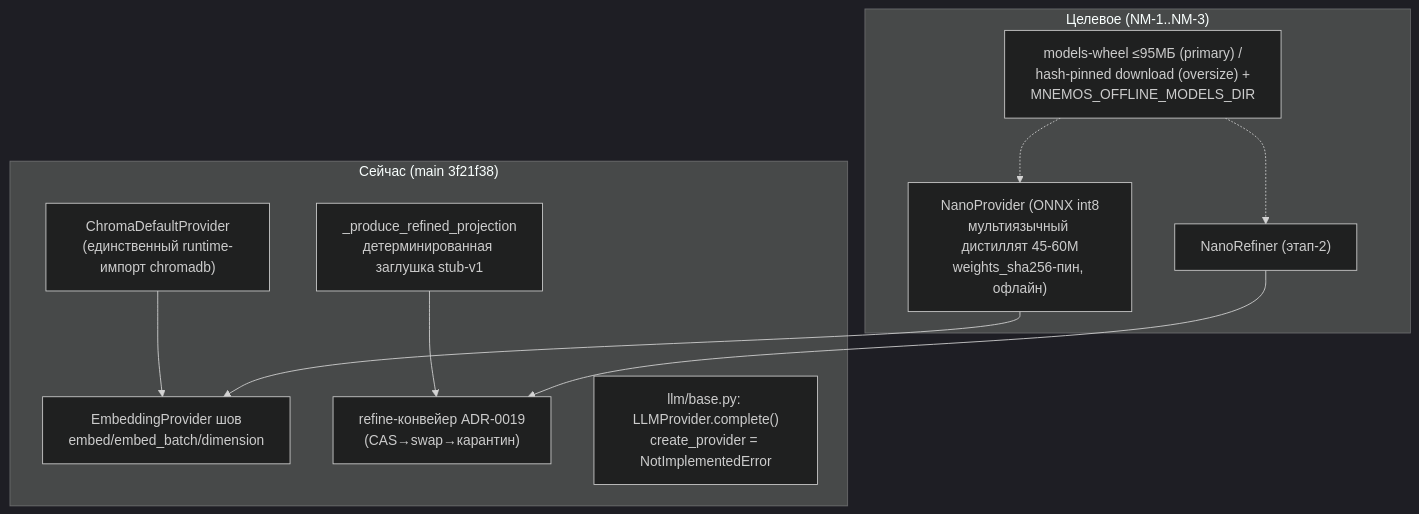
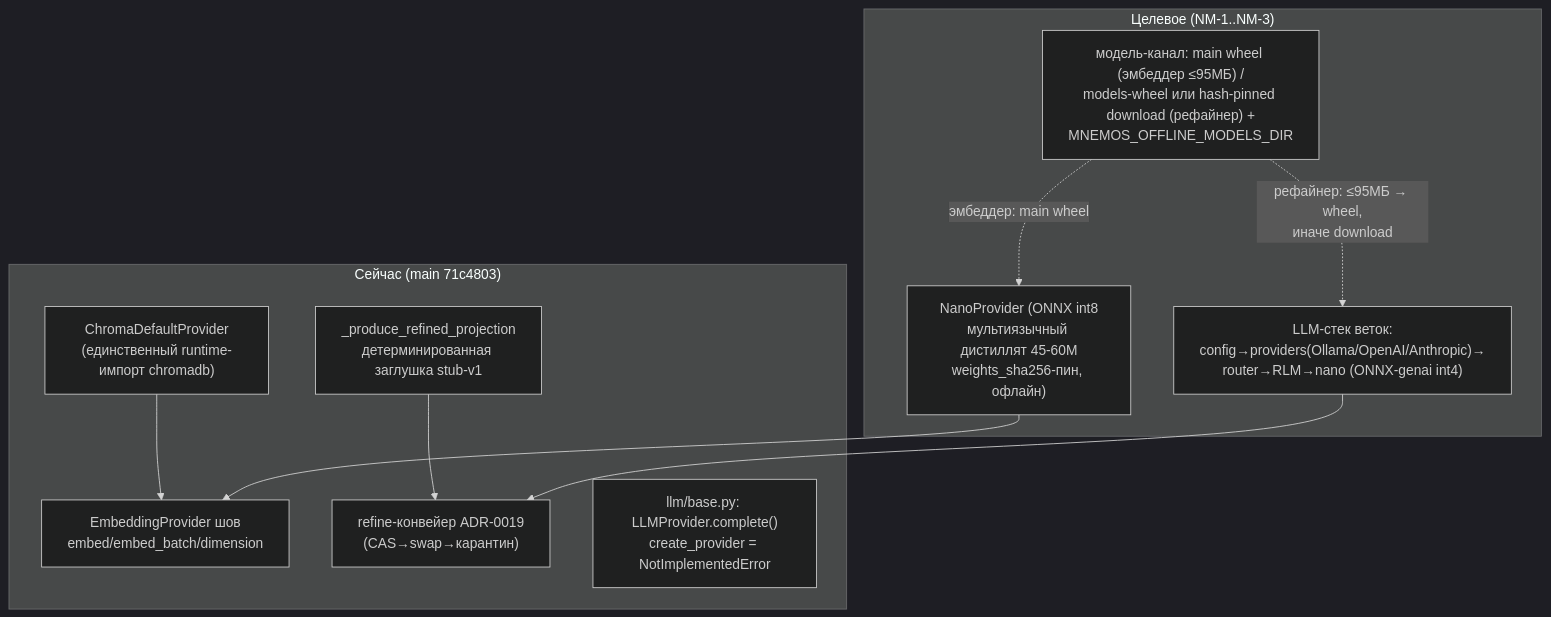
The diagram in docs/project/nano-model-plan.md (Korrnals/mnemos), drawn with Mermaid (dark theme) before and after one commit. The commit also changed other lines of this file, not shown here.

Commit message:
docs(plan): nano-model review round — llm branches pushed to origin, mermaid node conflict fixed, fixture counts corrected (22), provisional thresholds marked, typos

````diff
--- a/docs/project/nano-model-plan.md
+++ b/docs/project/nano-model-plan.md
@@ -13,15 +13,15 @@
 ```mermaid
 flowchart TD
-  subgraph NOW["Сейчас (main 3f21f38)"]
+  subgraph NOW["Сейчас (main 71c4803)"]
     A1["ChromaDefaultProvider<br/>(единственный runtime-импорт chromadb)"] --> E1["EmbeddingProvider шов<br/>embed/embed_batch/dimension"]
     A2["_produce_refined_projection<br/>детерминированная заглушка stub-v1"] --> R1["refine-конвейер ADR-0019<br/>(CAS→swap→карантин)"]
     A3["llm/base.py: LLMProvider.complete()<br/>create_provider = NotImplementedError"]
   end
   subgraph TARGET["Целевое (NM-1..NM-3)"]
     B1["NanoProvider (ONNX int8<br/>мультиязычный дистиллят 45-60M<br/>weights_sha256-пин, офлайн)"] --> E1
     B2["LLM-стек веток:<br/>config→providers(Ollama/OpenAI/Anthropic)→<br/>router→RLM→nano (ONNX-genai int4)"] --> R1
-    CH["models-wheel ≤95МБ (primary) /<br/>hash-pinned download (oversize) +<br/>MNEMOS_OFFLINE_MODELS_DIR"]
-    CH -.-> B1
-    CH -.-> B2["NanoRefiner (этап-2)"]
+    CH["модель-канал: main wheel (эмбеддер ≤95МБ) /<br/>models-wheel или hash-pinned download (рефайнер) +<br/>MNEMOS_OFFLINE_MODELS_DIR"]
+    CH -.->|"эмбеддер: main wheel"| B1
+    CH -.->|"рефайнер: ≤95МБ → wheel,<br/>иначе download"| B2
   end
 ```
````
